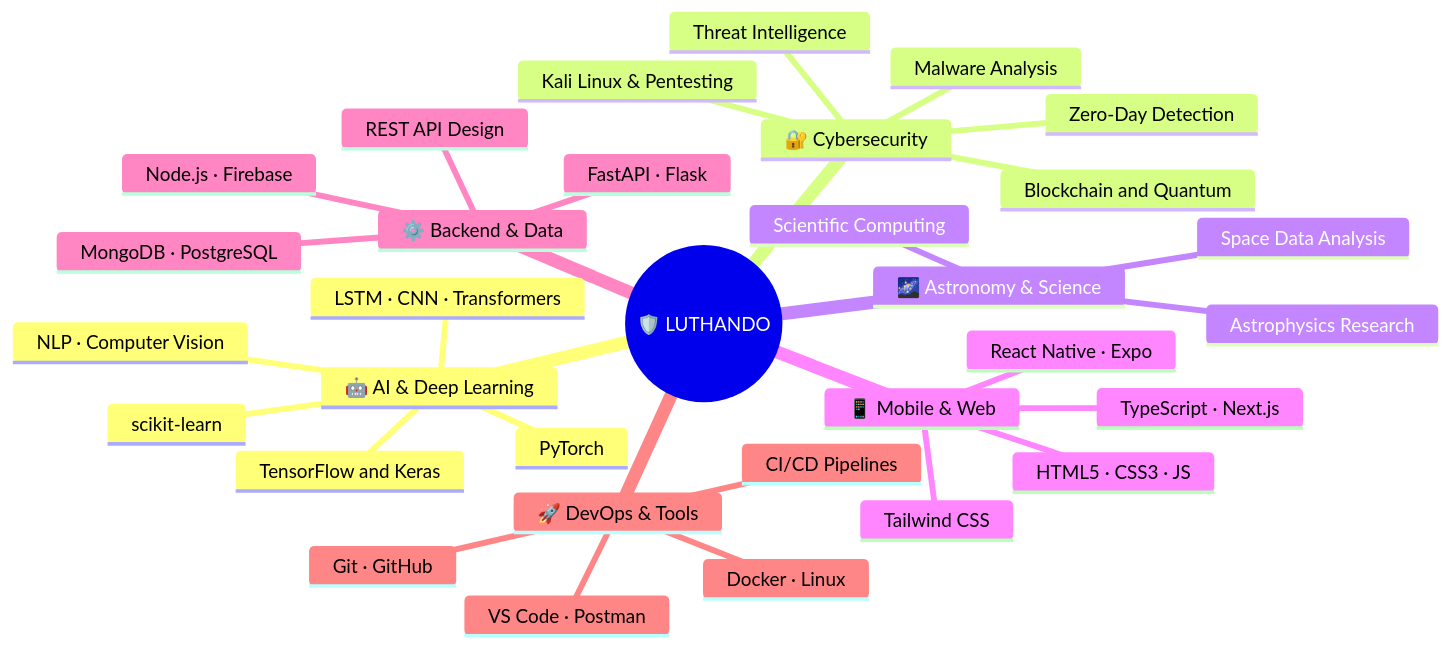
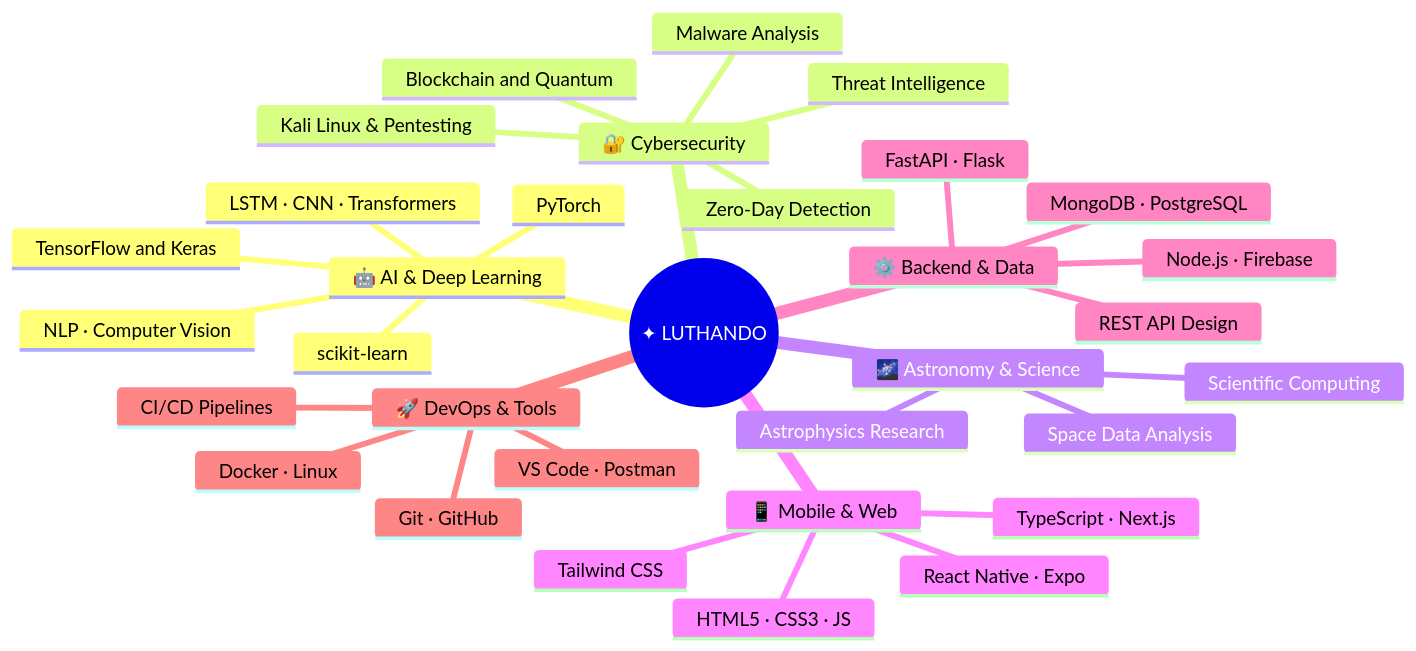
One commit to LuthandoCandlovu/LuthandoCandlovu changed the eighth of 8 diagrams in README.md. Above: the diagram before and after it, drawn with Mermaid. The commit also changed other lines of this file, not shown here.

````diff
--- a/README.md
+++ b/README.md
@@ -1179,35 +1105,35 @@
 ```mermaid
 mindmap
-  root((🛡️ LUTHANDO))
+  root((✦ LUTHANDO))
     🤖 AI & Deep Learning
       TensorFlow and Keras
       PyTorch
       scikit-learn
       LSTM · CNN · Transformers
       NLP · Computer Vision
     🔐 Cybersecurity
       Zero-Day Detection
       Threat Intelligence
       Kali Linux & Pentesting
       Malware Analysis
       Blockchain and Quantum
     🌌 Astronomy & Science
       Astrophysics Research
       Space Data Analysis
       Scientific Computing
     📱 Mobile & Web
       React Native · Expo
       TypeScript · Next.js
       Tailwind CSS
       HTML5 · CSS3 · JS
     ⚙️ Backend & Data
       FastAPI · Flask
       Node.js · Firebase
       MongoDB · PostgreSQL
       REST API Design
     🚀 DevOps & Tools
       Docker · Linux
       Git · GitHub
       CI/CD Pipelines
       VS Code · Postman
 ```
````
